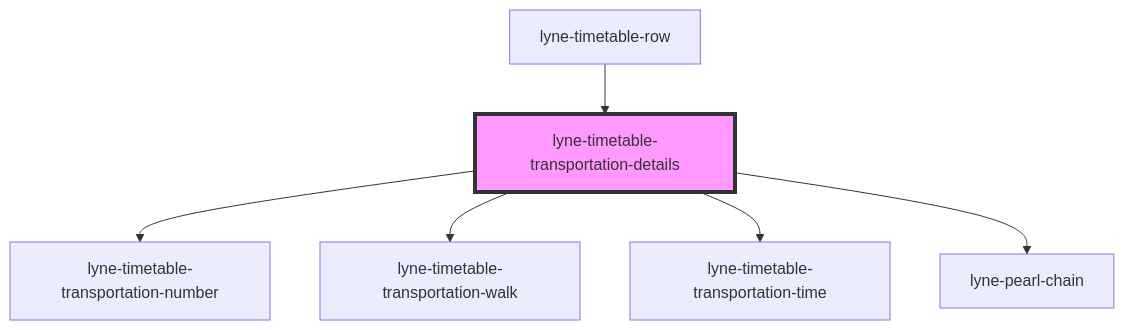
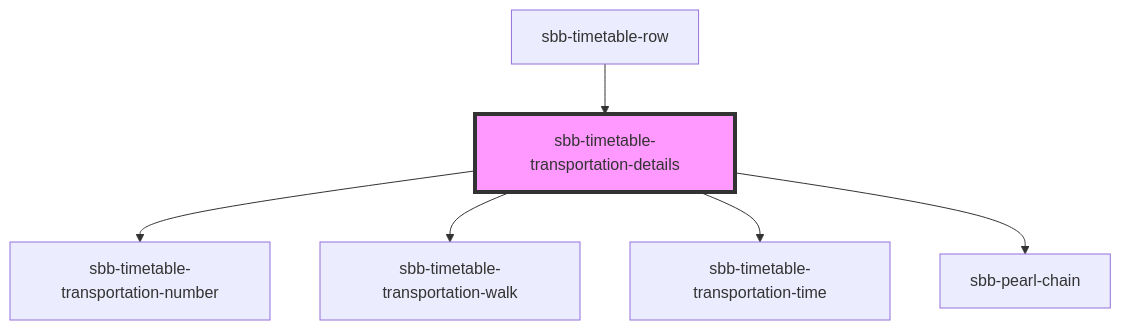
Before and after one commit to sbb-design-systems/lyne-components: the diagram in src/components/sbb-timetable-transportation-details/readme.md, drawn with Mermaid. The commit also changed other lines of this file and 348 other files, not shown here.

Commit message:
refactor: 'lyne' prefix renamed to 'sbb'

````diff
--- a/src/components/sbb-timetable-transportation-details/readme.md
+++ b/src/components/sbb-timetable-transportation-details/readme.md
@@ -30,9 +30,9 @@
 ```mermaid
 graph TD;
-  lyne-timetable-transportation-details --> lyne-timetable-transportation-number
-  lyne-timetable-transportation-details --> lyne-timetable-transportation-walk
-  lyne-timetable-transportation-details --> lyne-timetable-transportation-time
-  lyne-timetable-transportation-details --> lyne-pearl-chain
-  lyne-timetable-row --> lyne-timetable-transportation-details
-  style lyne-timetable-transportation-details fill:#f9f,stroke:#333,stroke-width:4px
+  sbb-timetable-transportation-details --> sbb-timetable-transportation-number
+  sbb-timetable-transportation-details --> sbb-timetable-transportation-walk
+  sbb-timetable-transportation-details --> sbb-timetable-transportation-time
+  sbb-timetable-transportation-details --> sbb-pearl-chain
+  sbb-timetable-row --> sbb-timetable-transportation-details
+  style sbb-timetable-transportation-details fill:#f9f,stroke:#333,stroke-width:4px
 ```
````
